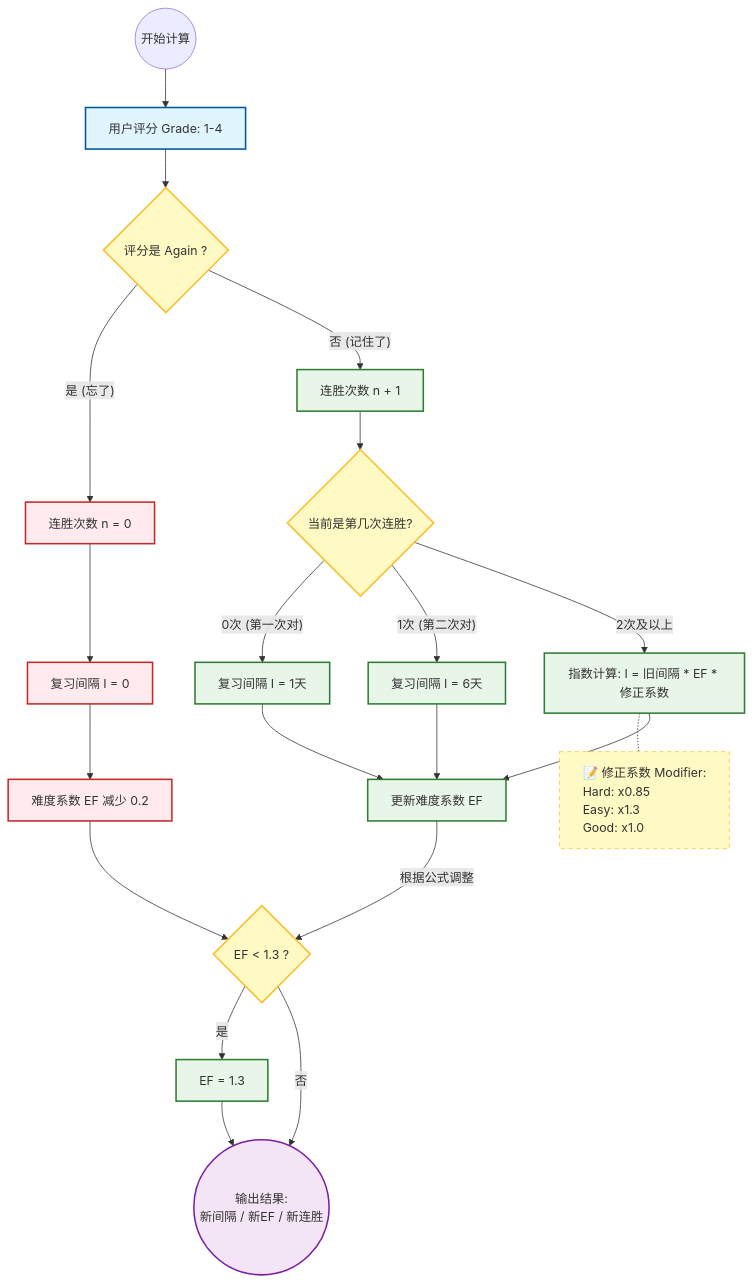
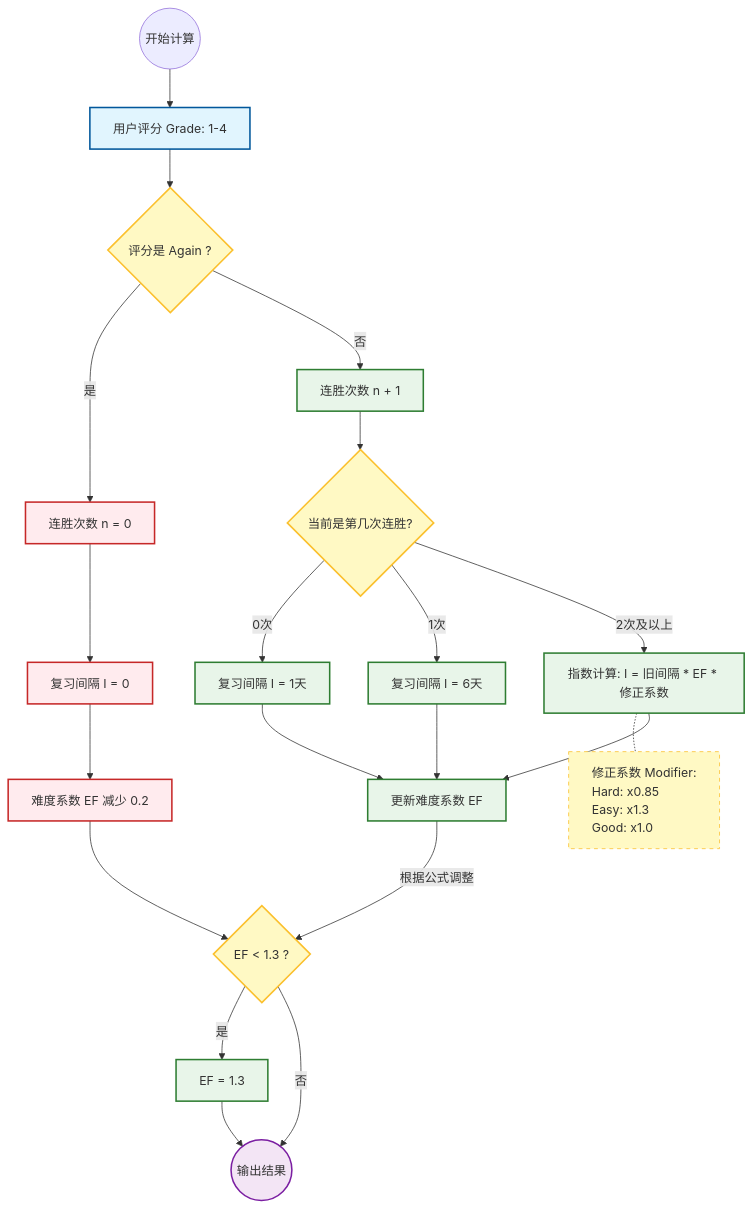
The third of 3 diagrams in README.md (LieonShelly/LearningKit-macOS), drawn with Mermaid before and after one commit. The commit also changed other lines of this file and 1 other file, not shown here.

````diff
--- a/README.md
+++ b/README.md
@@ -303,44 +295,44 @@
 ```mermaid
-flowchart TD
+graph TD
     %% 定义样式
     classDef input fill:#e1f5fe,stroke:#01579b,stroke-width:2px;
     classDef decision fill:#fff9c4,stroke:#fbc02d,stroke-width:2px;
     classDef process fill:#e8f5e9,stroke:#2e7d32,stroke-width:2px;
     classDef fail fill:#ffebee,stroke:#c62828,stroke-width:2px;
     classDef output fill:#f3e5f5,stroke:#7b1fa2,stroke-width:2px;
-    %% 定义一个专门的黄色便签样式
     classDef noteStyle fill:#fff9c4,stroke:#fbc02d,stroke-width:1px,stroke-dasharray: 5 5,text-align:left;
 
     Start((开始计算)) --> Input[用户评分 Grade: 1-4]:::input
     Input --> CheckGrade{评分是 Again ?}:::decision
 
-    %% 分支：忘记 (Again)
-    CheckGrade -- 是 (忘了) --> ResetRep[连胜次数 n = 0]:::fail
+    %% 分支：忘记
+    CheckGrade -- 是 --> ResetRep[连胜次数 n = 0]:::fail
     ResetRep --> ResetInterval[复习间隔 I = 0]:::fail
     ResetInterval --> DropEF[难度系数 EF 减少 0.2]:::fail
     DropEF --> CheckMinEF
 
-    %% 分支：记住 (Hard/Good/Easy)
-    CheckGrade -- 否 (记住了) --> IncRep[连胜次数 n + 1]:::process
+    %% 分支：记住
+    CheckGrade -- 否 --> IncRep[连胜次数 n + 1]:::process
     IncRep --> CheckRep{当前是第几次连胜?}:::decision
 
     %% 间隔计算逻辑
-    CheckRep -- 0次 (第一次对) --> Int1[复习间隔 I = 1天]:::process
-    CheckRep -- 1次 (第二次对) --> Int6[复习间隔 I = 6天]:::process
+    CheckRep -- 0次 --> Int1[复习间隔 I = 1天]:::process
+    CheckRep -- 1次 --> Int6[复习间隔 I = 6天]:::process
     CheckRep -- 2次及以上 --> CalcInt[指数计算: I = 旧间隔 * EF * 修正系数]:::process
     
-    ModifierNote["📝 修正系数 Modifier:<br/>Hard: x0.85<br/>Easy: x1.3<br/>Good: x1.0"]:::noteStyle
+    %% 注释节点 (移除了 emoji 以防报错)
+    ModifierNote["修正系数 Modifier:<br/>Hard: x0.85<br/>Easy: x1.3<br/>Good: x1.0"]:::noteStyle
     CalcInt -.- ModifierNote
 
     %% EF 计算逻辑
     Int1 --> CalcEF
     Int6 --> CalcEF
     CalcInt --> CalcEF[更新难度系数 EF]:::process
     CalcEF -- 根据公式调整 --> CheckMinEF
 
     %% 兜底与输出
     CheckMinEF{EF < 1.3 ?}:::decision
     CheckMinEF -- 是 --> SetMinEF[EF = 1.3]:::process
-    CheckMinEF -- 否 --> Output((输出结果:\n新间隔 / 新EF / 新连胜)):::output
+    CheckMinEF -- 否 --> Output((输出结果)):::output
     SetMinEF --> Output
 ```
````
